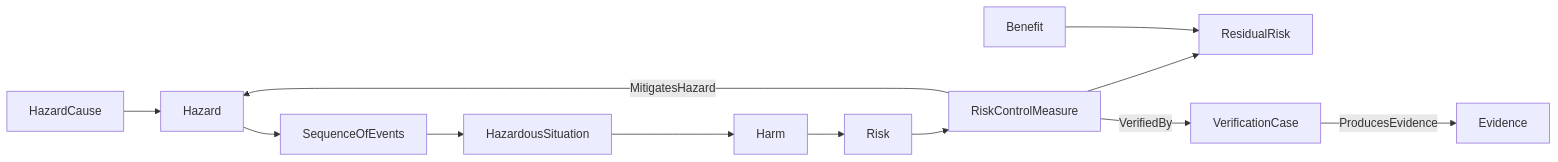
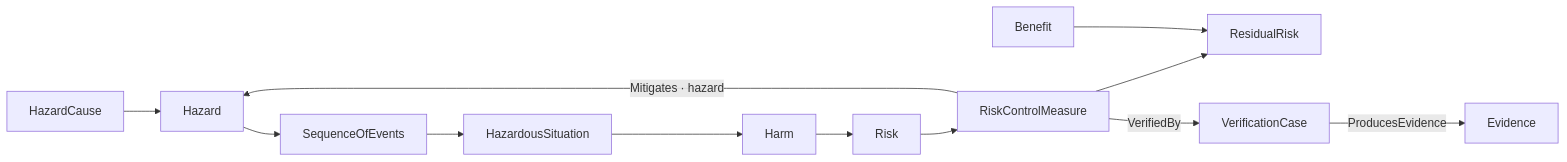
One commit to memoarchitect/memo changed the diagram in docs/layers/risk-assurance.md. Above: the diagram before and after it, drawn with Mermaid. The commit also changed 27 other files, not shown here.

````diff
--- a/docs/layers/risk-assurance.md
+++ b/docs/layers/risk-assurance.md
@@ -25,14 +25,14 @@
 ```mermaid
 flowchart LR
     Cause[HazardCause] --> Hazard[Hazard]
     Hazard --> Events[SequenceOfEvents]
     Events --> Situation[HazardousSituation]
     Situation --> Harm[Harm]
     Harm --> Risk[Risk]
-    Control[RiskControlMeasure] -->|MitigatesHazard| Hazard
+    Control[RiskControlMeasure] -->|Mitigates · hazard| Hazard
     Risk --> Control
     Control --> Residual[ResidualRisk]
     Benefit[Benefit] --> Residual
     Control -->|VerifiedBy| Test[VerificationCase]
     Test -->|ProducesEvidence| Evidence[Evidence]
 ```
````
